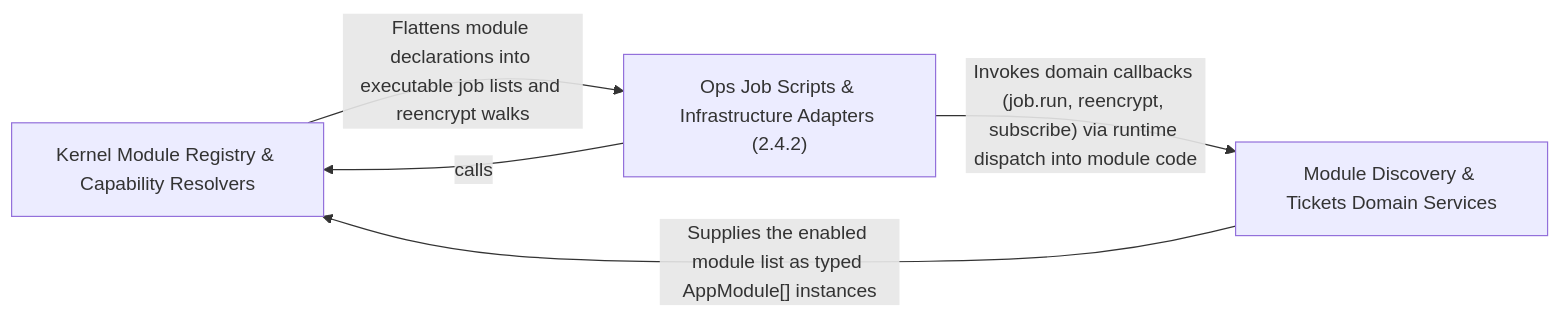
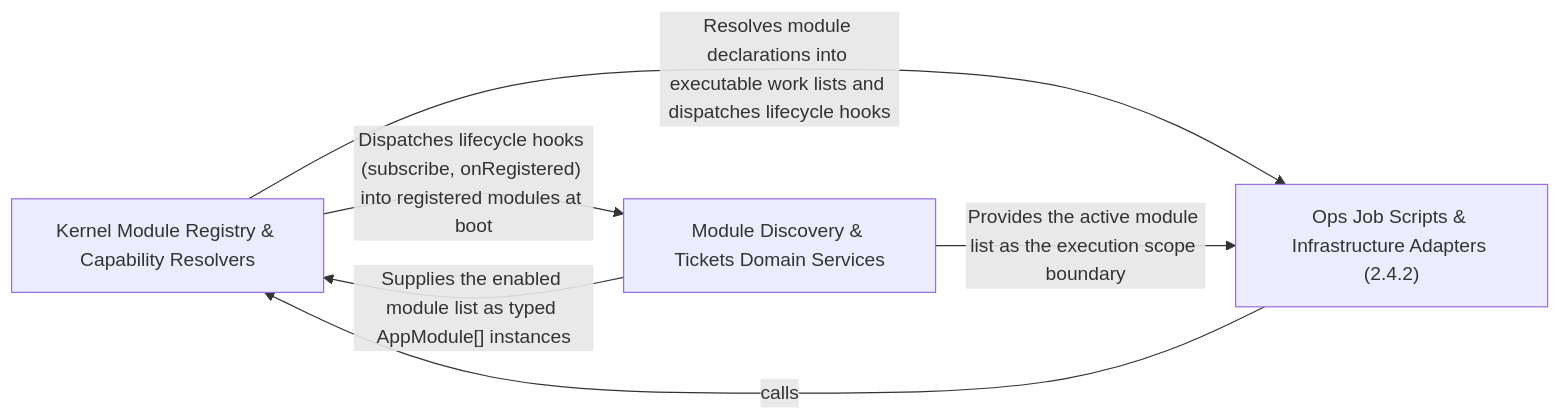
Before and after one commit to Guebbit/boilerplate-node-backend: the diagram in .2brain/arch/Ops_Job_Scripts_Infrastructure_Adapters.md, drawn with Mermaid. The commit also changed other lines of this file and 1102 other files, not shown here.

````diff
--- a/.2brain/arch/Ops_Job_Scripts_Infrastructure_Adapters.md
+++ b/.2brain/arch/Ops_Job_Scripts_Infrastructure_Adapters.md
@@ -10,10 +10,11 @@
 ```mermaid
 graph LR
     Kernel_Module_Registry_Capability_Resolvers["Kernel Module Registry & Capability Resolvers"]
     Ops_Job_Scripts_Infrastructure_Adapters_2_4_2_["Ops Job Scripts & Infrastructure Adapters (2.4.2)"]
     Module_Discovery_Tickets_Domain_Services["Module Discovery & Tickets Domain Services"]
-    Kernel_Module_Registry_Capability_Resolvers -- "Flattens module declarations into executable job lists and reencrypt walks" --> Ops_Job_Scripts_Infrastructure_Adapters_2_4_2_
+    Kernel_Module_Registry_Capability_Resolvers -- "Resolves module declarations into executable work lists and dispatches lifecycle hooks" --> Ops_Job_Scripts_Infrastructure_Adapters_2_4_2_
+    Kernel_Module_Registry_Capability_Resolvers -- "Dispatches lifecycle hooks (subscribe, onRegistered) into registered modules at boot" --> Module_Discovery_Tickets_Domain_Services
     Ops_Job_Scripts_Infrastructure_Adapters_2_4_2_ -- "calls" --> Kernel_Module_Registry_Capability_Resolvers
-    Ops_Job_Scripts_Infrastructure_Adapters_2_4_2_ -- "Invokes domain callbacks (job.run, reencrypt, subscribe) via runtime dispatch into module code" --> Module_Discovery_Tickets_Domain_Services
     Module_Discovery_Tickets_Domain_Services -- "Supplies the enabled module list as typed AppModule[] instances" --> Kernel_Module_Registry_Capability_Resolvers
+    Module_Discovery_Tickets_Domain_Services -- "Provides the active module list as the execution scope boundary" --> Ops_Job_Scripts_Infrastructure_Adapters_2_4_2_
 ```
````
